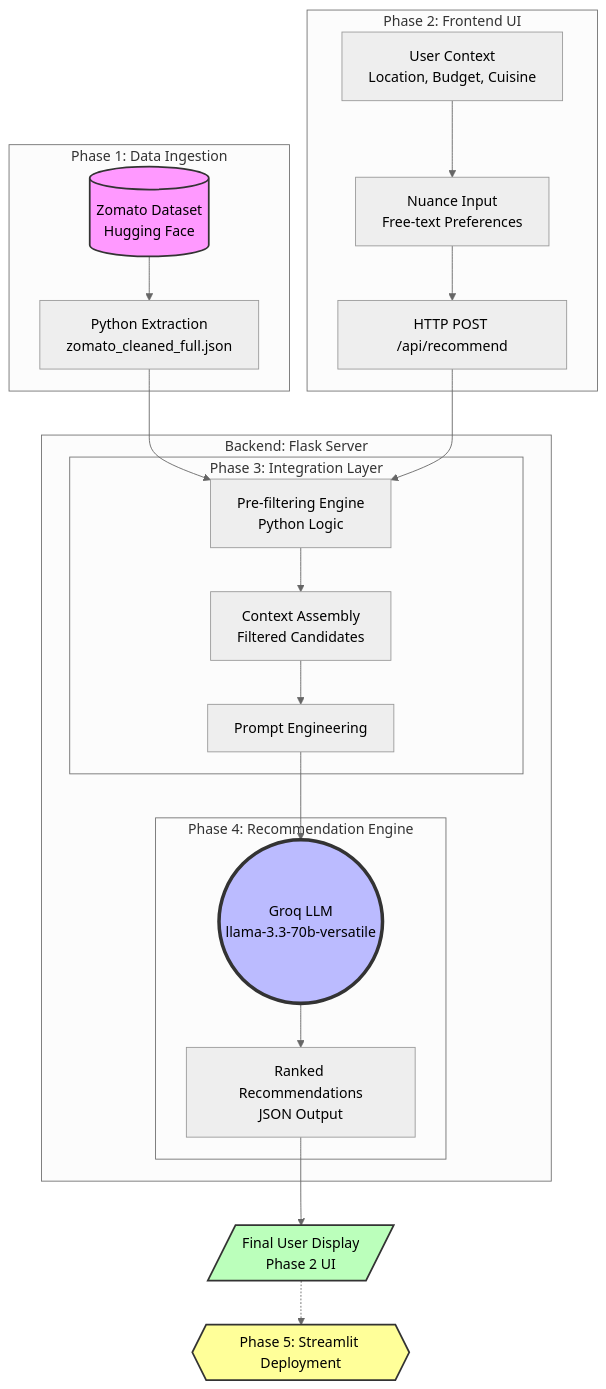
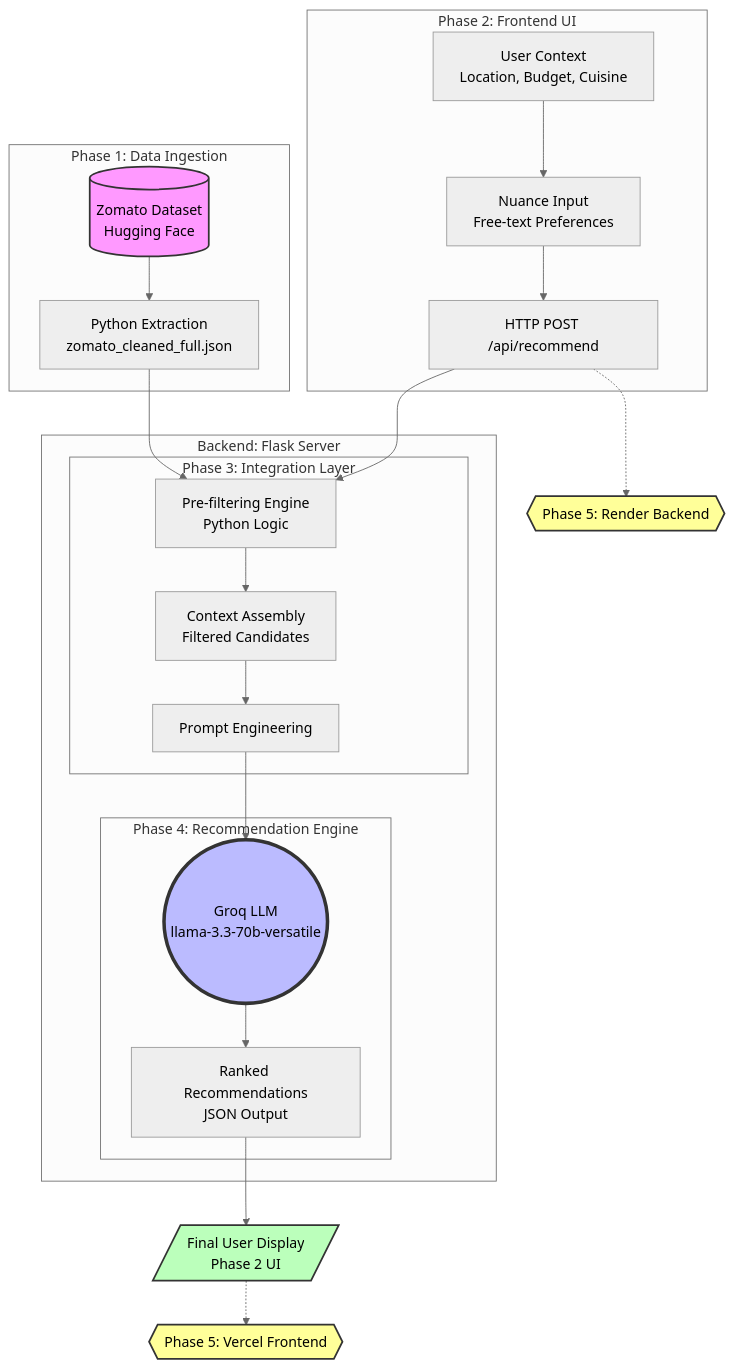
The diagram in docs/architecture.md (sakethsawant1-star/my-project), drawn with Mermaid (neutral theme) before and after one commit. The commit also changed other lines of this file and 4 other files, not shown here.

Commit message:
Configure Render backend deployment

````diff
--- a/docs/architecture.md
+++ b/docs/architecture.md
@@ -4,37 +4,39 @@
 ```mermaid
 flowchart TD
     %% Phase 1: Data Ingestion (Python)
     subgraph Phase 1: Data Ingestion
         A[(Zomato Dataset<br>Hugging Face)] --> B[Python Extraction<br>zomato_cleaned_full.json]
     end
 
     %% Phase 2: User Input (HTML/CSS/JS)
     subgraph Phase 2: Frontend UI
         D[User Context<br>Location, Budget, Cuisine] --> E[Nuance Input<br>Free-text Preferences]
         E --> HTTP[HTTP POST /api/recommend]
     end
 
     %% Phase 3 & 4: Python Flask Backend
     subgraph Backend: Flask Server
         subgraph Phase 3: Integration Layer
             B --> F[Pre-filtering Engine<br>Python Logic]
             HTTP --> F
             F --> G[Context Assembly<br>Filtered Candidates]
             G --> H[Prompt Engineering]
         end
 
         subgraph Phase 4: Recommendation Engine
             H --> I((Groq LLM<br>llama-3.3-70b-versatile))
             I --> J[Ranked Recommendations<br>JSON Output]
         end
     end
 
     %% Output & Phase 5 Deployment
     J --> L[/Final User Display<br>Phase 2 UI/]
-    L -.-> S{{Phase 5: Streamlit Deployment}}
+    L -.-> V{{Phase 5: Vercel Frontend}}
+    HTTP -.-> R{{Phase 5: Render Backend}}
     
     style A fill:#f9f,stroke:#333,stroke-width:2px
     style I fill:#bbf,stroke:#333,stroke-width:4px
     style L fill:#bfb,stroke:#333,stroke-width:2px
-    style S fill:#ff9,stroke:#333,stroke-width:2px
+    style V fill:#ff9,stroke:#333,stroke-width:2px
+    style R fill:#ff9,stroke:#333,stroke-width:2px
 ```
````
